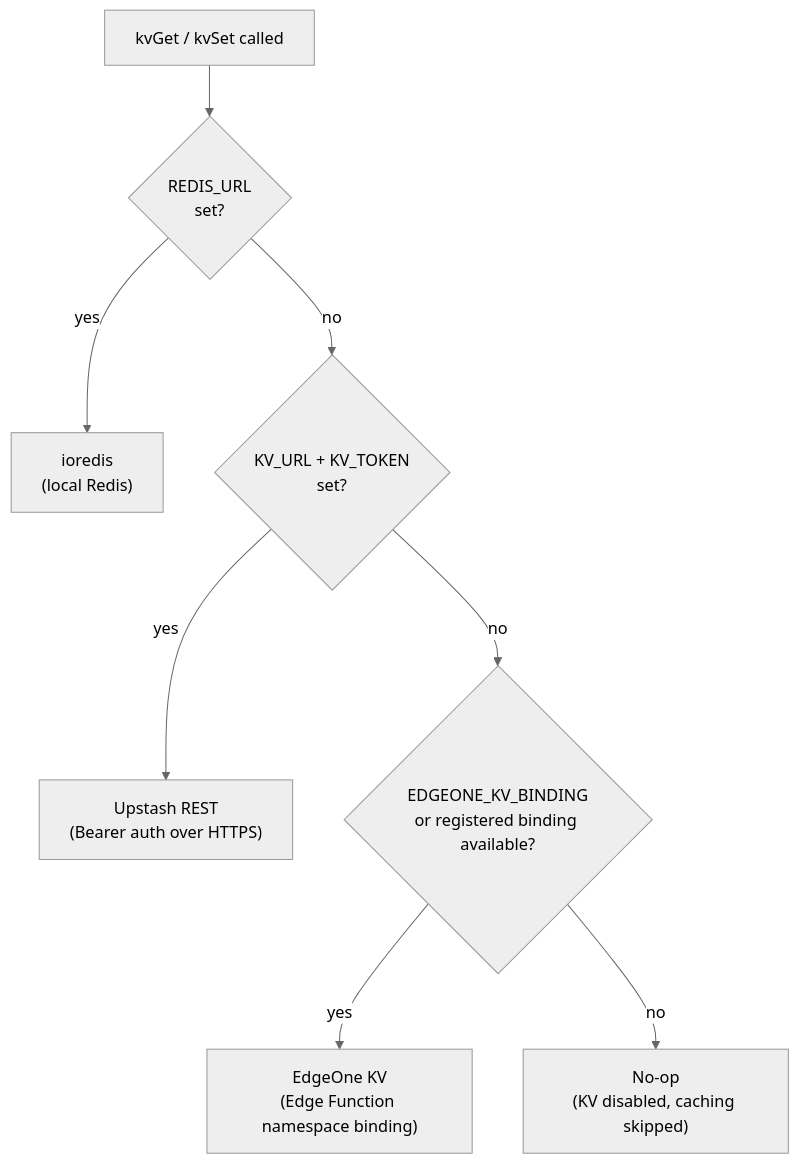
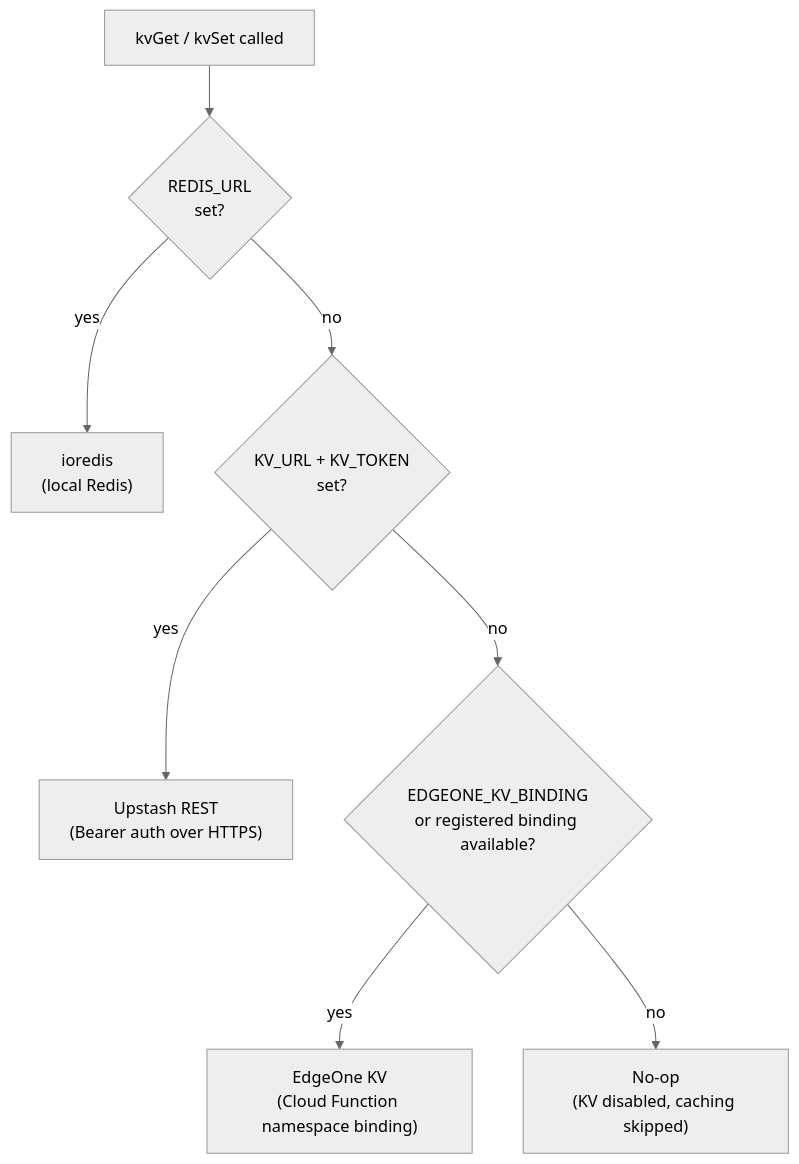
One commit to lqdflying/cursorProxy changed the first of 7 diagrams in doc/kv-caching.md. Above: the diagram before and after it, drawn with Mermaid (neutral theme). The commit also changed 22 other files, not shown here.

First line of the commit message:
Move EdgeOne routes back to Cloud Functions for KV + log visibility

````diff
--- a/doc/kv-caching.md
+++ b/doc/kv-caching.md
@@ -8,19 +8,19 @@
 ```mermaid
 flowchart TD
     START["kvGet / kvSet called"]
     RD["ioredis\n(local Redis)"]
     E1{"REDIS_URL\nset?"}
     UP["Upstash REST\n(Bearer auth over HTTPS)"]
     E2{"KV_URL + KV_TOKEN\nset?"}
-    EO["EdgeOne KV\n(Edge Function namespace binding)"]
+    EO["EdgeOne KV\n(Cloud Function namespace binding)"]
     E3{"EDGEONE_KV_BINDING\nor registered binding available?"}
     NOP["No-op\n(KV disabled, caching skipped)"]
 
     START --> E1
     E1 -->|yes| RD
     E1 -->|no| E2
     E2 -->|yes| UP
     E2 -->|no| E3
     E3 -->|yes| EO
     E3 -->|no| NOP
 ```
````
